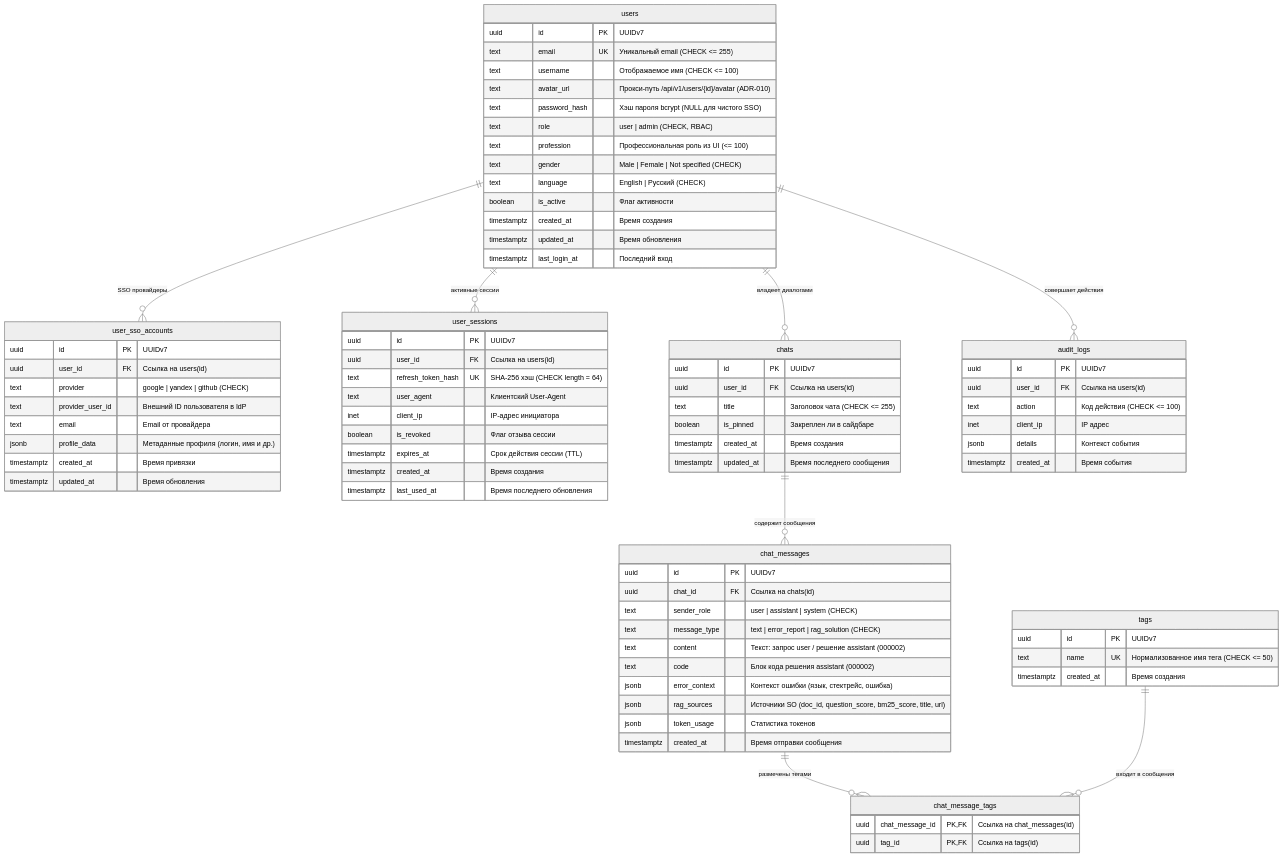
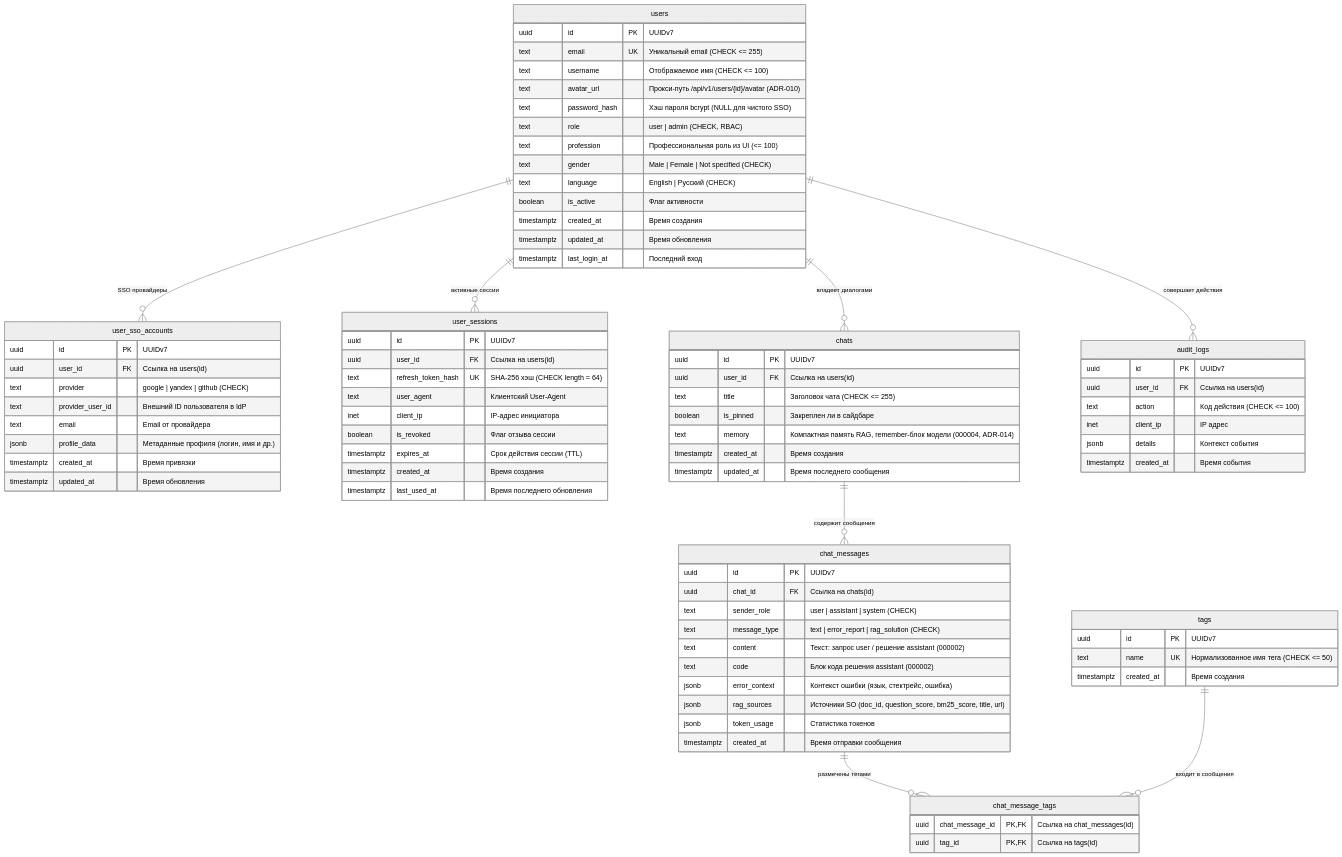
The diagram in docs/Tech/03-data.md (Soskiiit/Errorium), drawn with Mermaid (neutral theme) before and after one commit. The commit also changed other lines of this file and 17 other files, not shown here.

Commit message:
Память чата для RAG: окно истории и memory-ячейка (ADR-014)

```diff
--- a/docs/Tech/03-data.md
+++ b/docs/Tech/03-data.md
@@ -191,6 +191,7 @@
         uuid user_id FK "Ссылка на users(id)"
         text title "Заголовок чата (CHECK <= 255)"
         boolean is_pinned "Закреплен ли в сайдбаре"
+        text memory "Компактная память RAG, remember-блок модели (000004, ADR-014)"
         timestamptz created_at "Время создания"
         timestamptz updated_at "Время последнего сообщения"
     }
```
